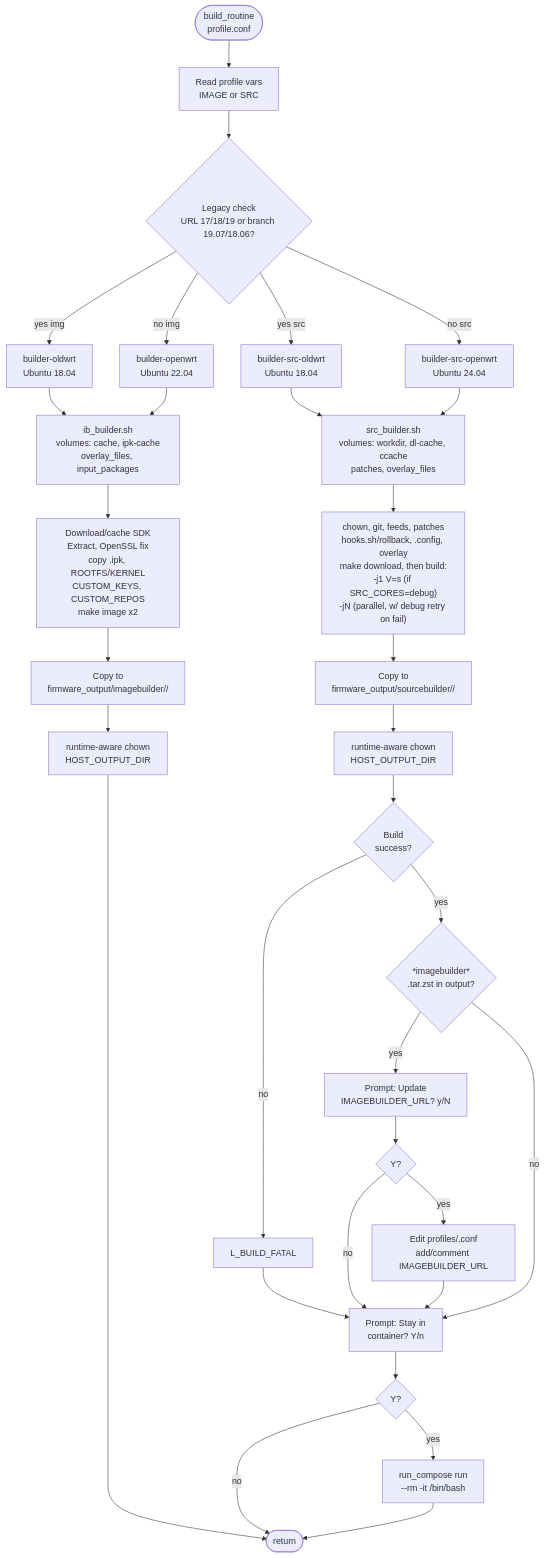
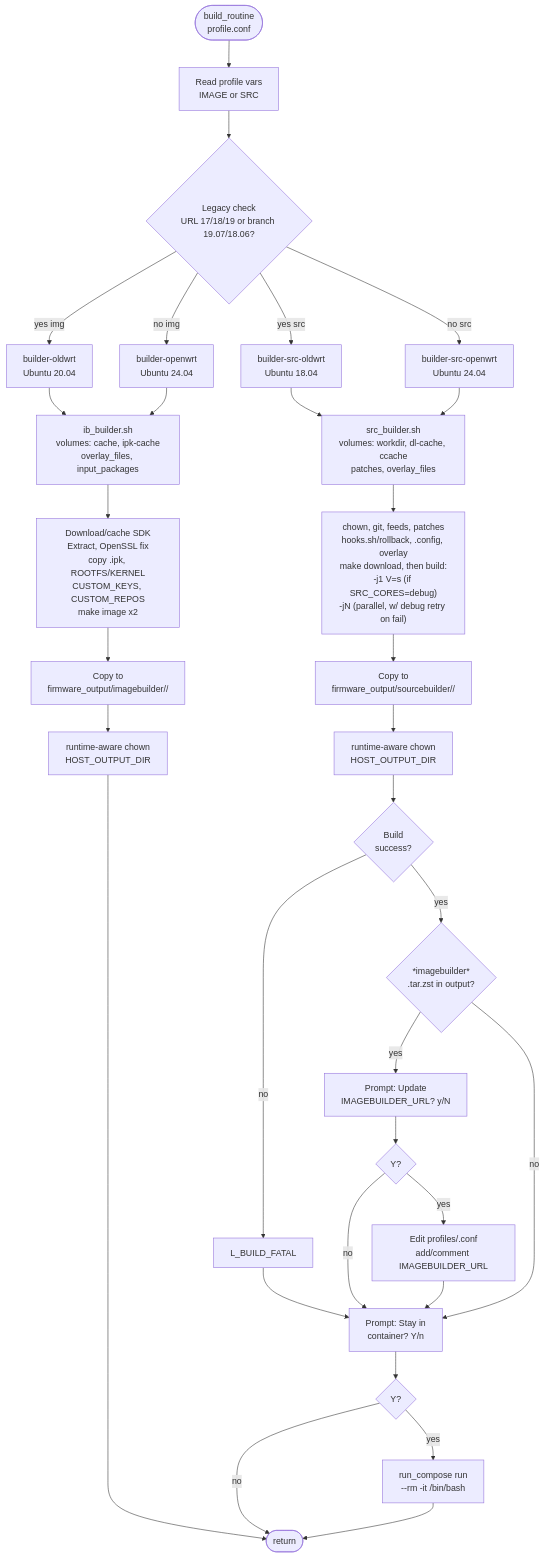
One commit to iqubik/routerFW changed the sixth of 8 diagrams in docs/ARCHITECTURE_diagram_en.md. Above: the diagram before and after it, drawn with Mermaid. The commit also changed other lines of this file and 36 other files, not shown here.

````diff
--- a/docs/ARCHITECTURE_diagram_en.md
+++ b/docs/ARCHITECTURE_diagram_en.md
@@ -218,35 +220,35 @@
 ```mermaid
 flowchart TD
     BR([build_routine\nprofile.conf])
     BR --> READ_PROFILE["Read profile vars\nIMAGE or SRC"]
     READ_PROFILE --> LEGACY{"Legacy check\nURL 17/18/19 or branch 19.07/18.06?"}
-    LEGACY --> |yes img| OLD_IMG["builder-oldwrt\nUbuntu 18.04"]
-    LEGACY --> |no img| NEW_IMG["builder-openwrt\nUbuntu 22.04"]
+    LEGACY --> |yes img| OLD_IMG["builder-oldwrt\nUbuntu 20.04"]
+    LEGACY --> |no img| NEW_IMG["builder-openwrt\nUbuntu 24.04"]
     LEGACY --> |yes src| OLD_SRC["builder-src-oldwrt\nUbuntu 18.04"]
     LEGACY --> |no src| NEW_SRC["builder-src-openwrt\nUbuntu 24.04"]
 
     OLD_IMG & NEW_IMG --> IB["ib_builder.sh\nvolumes: cache, ipk-cache\noverlay_files, input_packages"]
     IB --> IB_STEPS["Download/cache SDK\nExtract, OpenSSL fix\ncopy .ipk, ROOTFS/KERNEL\nCUSTOM_KEYS, CUSTOM_REPOS\nmake image x2"]
     IB_STEPS --> IB_OUT["Copy to\nfirmware_output/imagebuilder/<id>/<ts>"]
     IB_OUT --> IB_CHOWN["runtime-aware chown\nHOST_OUTPUT_DIR"]
     IB_CHOWN --> BR_END([return])
 
     OLD_SRC & NEW_SRC --> SB["src_builder.sh\nvolumes: workdir, dl-cache, ccache\npatches, overlay_files"]
     SB --> SB_STEPS["chown, git, feeds, patches\nhooks.sh/rollback, .config, overlay\nmake download, then build:\n-j1 V=s (if SRC_CORES=debug)\n-jN (parallel, w/ debug retry on fail)"]
     SB_STEPS --> SB_OUT["Copy to\nfirmware_output/sourcebuilder/<id>/<ts>"]
     SB_OUT --> SB_CHOWN["runtime-aware chown\nHOST_OUTPUT_DIR"]
     SB_CHOWN --> SB_OK{"Build\nsuccess?"}
     SB_OK --> |no| SB_FATAL["L_BUILD_FATAL"]
     SB_FATAL --> SB_SHELL_Q2
     SB_OK --> |yes| IB_TAR{"*imagebuilder*\n.tar.zst in output?"}
     IB_TAR --> |yes| SB_Q1["Prompt: Update\nIMAGEBUILDER_URL? y/N"]
     SB_Q1 --> SB_UPDATE{"Y?"}
     SB_UPDATE --> |yes| SB_WRITE["Edit profiles/<id>.conf\nadd/comment IMAGEBUILDER_URL"]
     SB_UPDATE --> |no| SB_SHELL_Q2
     SB_WRITE --> SB_SHELL_Q2["Prompt: Stay in\ncontainer? Y/n"]
     IB_TAR --> |no| SB_SHELL_Q2
     SB_SHELL_Q2 --> SB_STAY{"Y?"}
     SB_STAY --> |yes| SB_RUN["run_compose run\n--rm -it /bin/bash"]
     SB_STAY --> |no| BR_END
     SB_RUN --> BR_END
 ```
````
